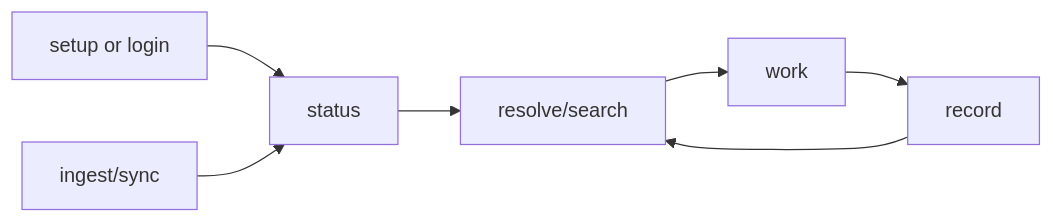
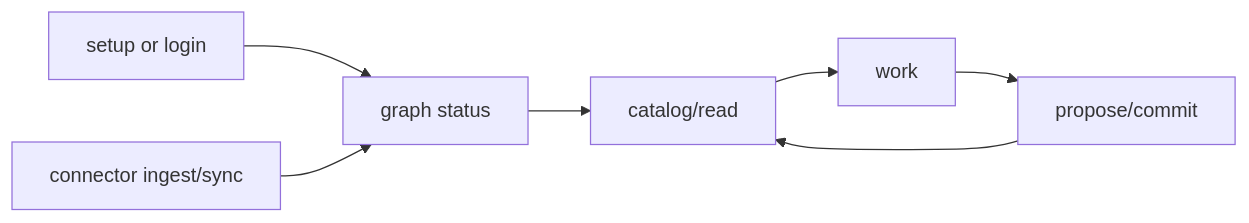
One commit to potpie-ai/potpie changed the second of 2 diagrams in docs/context-graph/cli-flow.md. Above: the diagram before and after it, drawn with Mermaid. The commit also changed other lines of this file and 256 other files, not shown here.

Commit message:
feat: graph updates

````diff
--- a/docs/context-graph/cli-flow.md
+++ b/docs/context-graph/cli-flow.md
@@ -36,13 +40,13 @@
 ```mermaid
 flowchart LR
   cg_setup["setup or login"]
-  cg_status["status"]
-  cg_resolve["resolve/search"]
+  cg_status["graph status"]
+  cg_read["catalog/read"]
   cg_work["work"]
-  cg_record["record"]
-  cg_ingest["ingest/sync"]
+  cg_write["propose/commit"]
+  cg_ingest["connector ingest/sync"]
 
-  cg_setup --> cg_status --> cg_resolve --> cg_work --> cg_record
+  cg_setup --> cg_status --> cg_read --> cg_work --> cg_write
   cg_ingest --> cg_status
-  cg_record --> cg_resolve
+  cg_write --> cg_read
 ```
````
